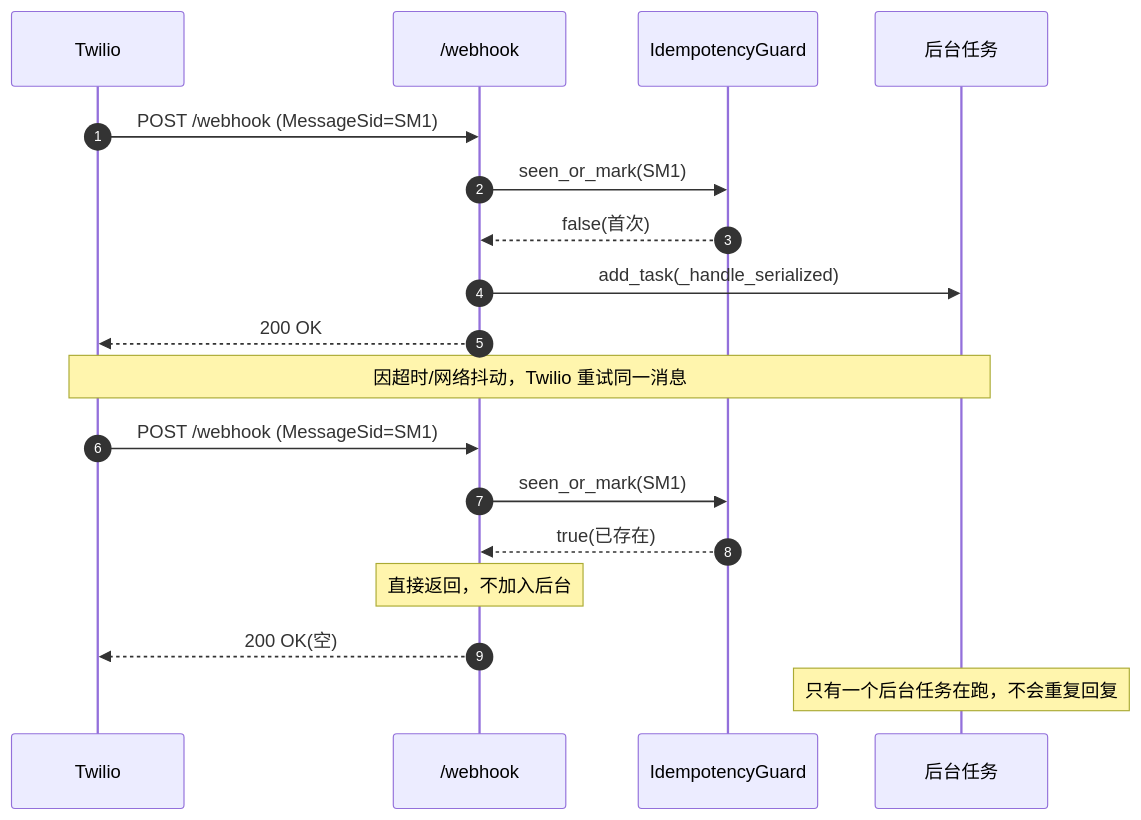
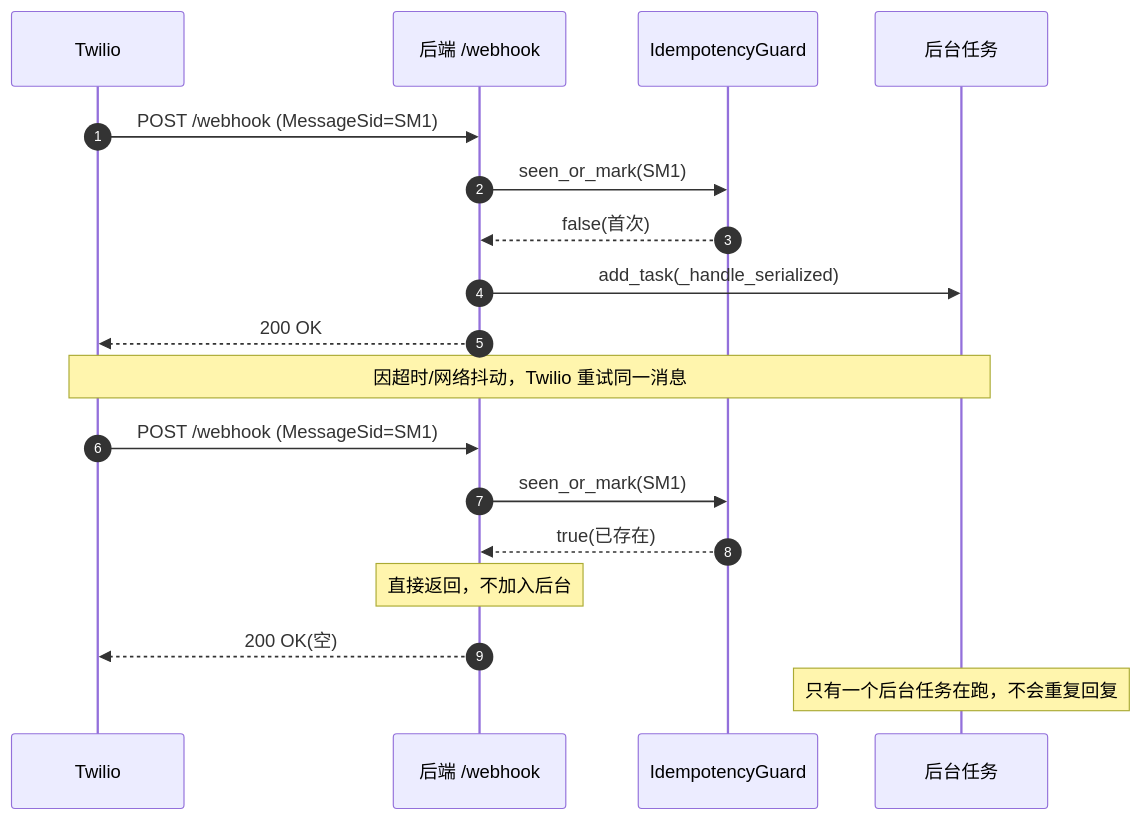
One commit to xiaozhao0309/whatsAppAgent changed the fourth of 8 diagrams in docs/时序图.md. Above: the diagram before and after it, drawn with Mermaid. The commit also changed other lines of this file and 4 other files, not shown here.

First line of the commit message:
docs: align documentation with two-service (backend + ai_service) architecture

````diff
--- a/docs/时序图.md
+++ b/docs/时序图.md
@@ -175,22 +197,22 @@
 ```mermaid
 sequenceDiagram
     autonumber
     participant T as Twilio
-    participant W as /webhook
+    participant W as 后端 /webhook
     participant IG as IdempotencyGuard
     participant BG as 后台任务
 
     T->>W: POST /webhook (MessageSid=SM1)
     W->>IG: seen_or_mark(SM1)
     IG-->>W: false(首次)
     W->>BG: add_task(_handle_serialized)
     W-->>T: 200 OK
 
     Note over T,BG: 因超时/网络抖动，Twilio 重试同一消息
     T->>W: POST /webhook (MessageSid=SM1)
     W->>IG: seen_or_mark(SM1)
     IG-->>W: true(已存在)
     Note over W: 直接返回，不加入后台
     W-->>T: 200 OK(空)
     Note over BG: 只有一个后台任务在跑，不会重复回复
 ```
````
